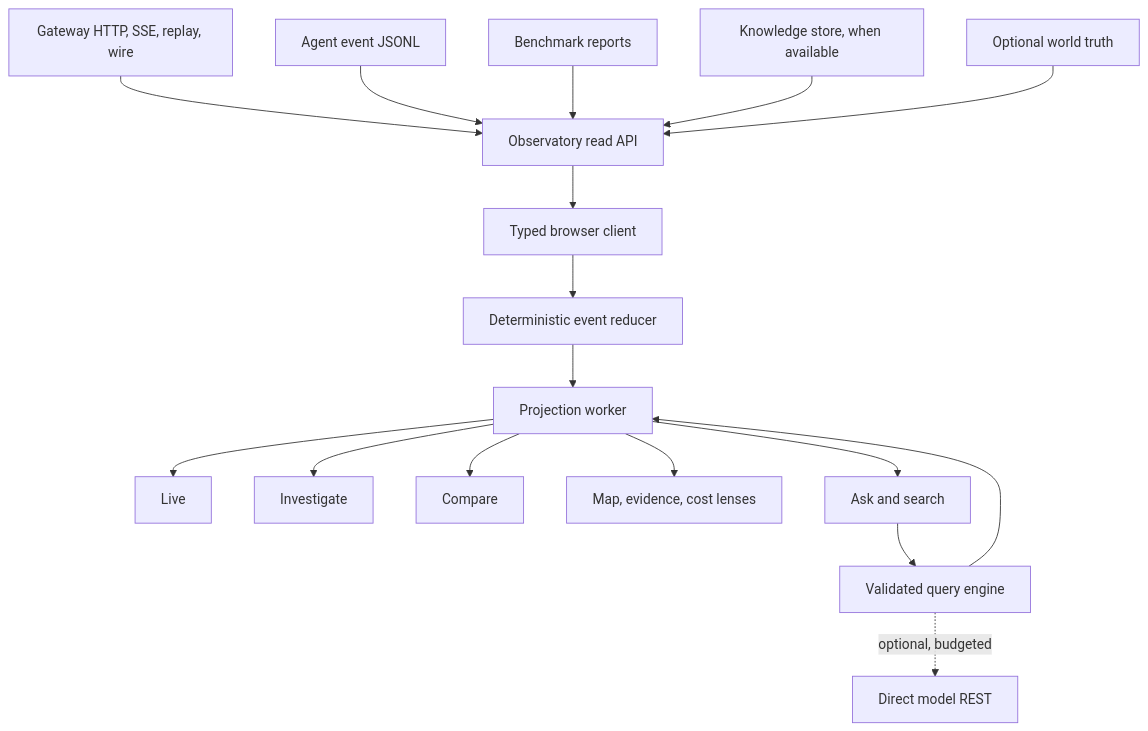
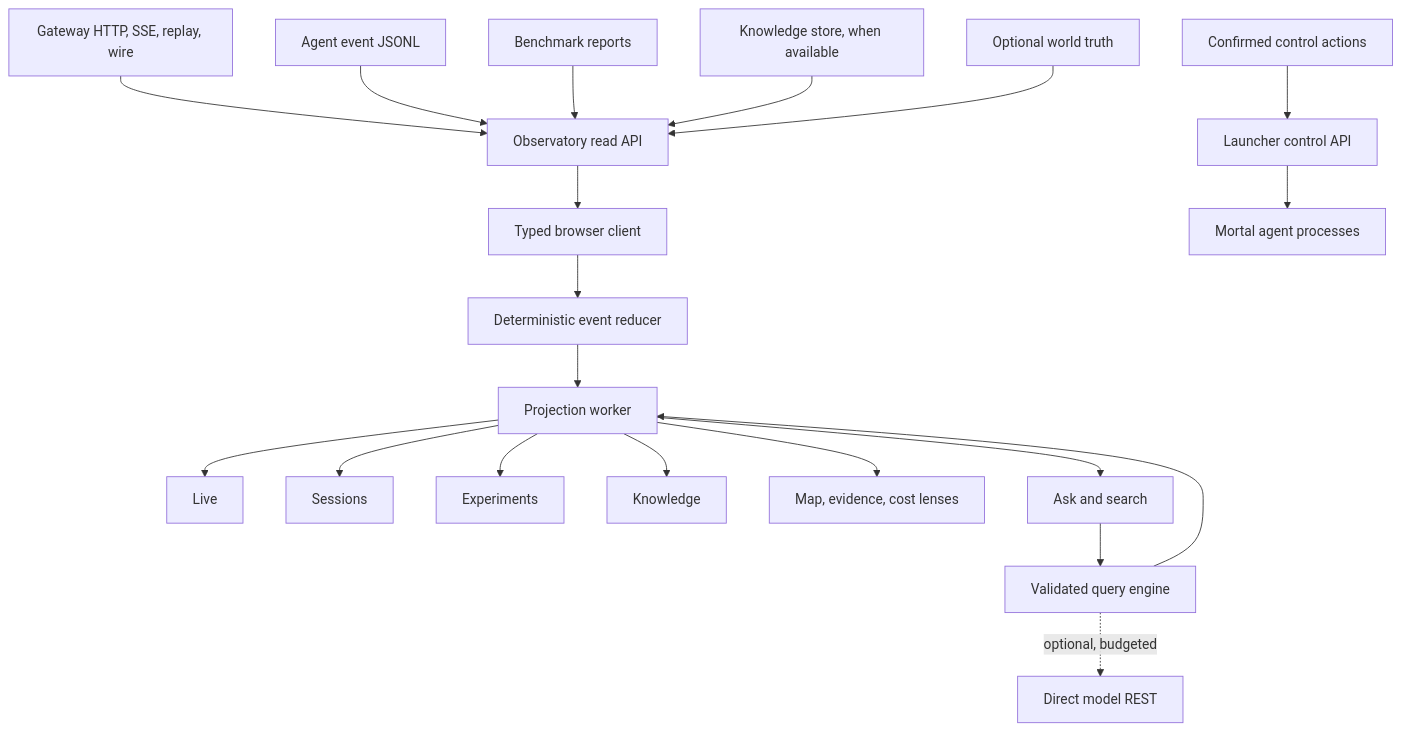
Before and after one commit to IbnouT/claude-code-camp-2026-Q2: the third of 5 diagrams in docs/plans/week2_observ/observatory.md, drawn with Mermaid. The commit also changed other lines of this file and 1 other file, not shown here.

````diff
--- a/docs/plans/week2_observ/observatory.md
+++ b/docs/plans/week2_observ/observatory.md
@@ -506,19 +546,22 @@
 ```mermaid
 flowchart TB
     G["Gateway HTTP, SSE, replay, wire"] --> B["Observatory read API"]
     AJ["Agent event JSONL"] --> B
     BR["Benchmark reports"] --> B
     KS["Knowledge store, when available"] --> B
     WT["Optional world truth"] --> B
     B --> C["Typed browser client"]
     C --> R["Deterministic event reducer"]
     R --> P["Projection worker"]
     P --> W["Live"]
-    P --> E["Investigate"]
-    P --> A["Compare"]
+    P --> S["Sessions"]
+    P --> E["Experiments"]
+    P --> K["Knowledge"]
     P --> X["Map, evidence, cost lenses"]
     P --> Q["Ask and search"]
     Q --> QE["Validated query engine"]
     QE --> P
     QE -. "optional, budgeted" .-> L["Direct model REST"]
+    UI["Confirmed control actions"] --> LC["Launcher control API"]
+    LC --> AG["Mortal agent processes"]
 ```
````
